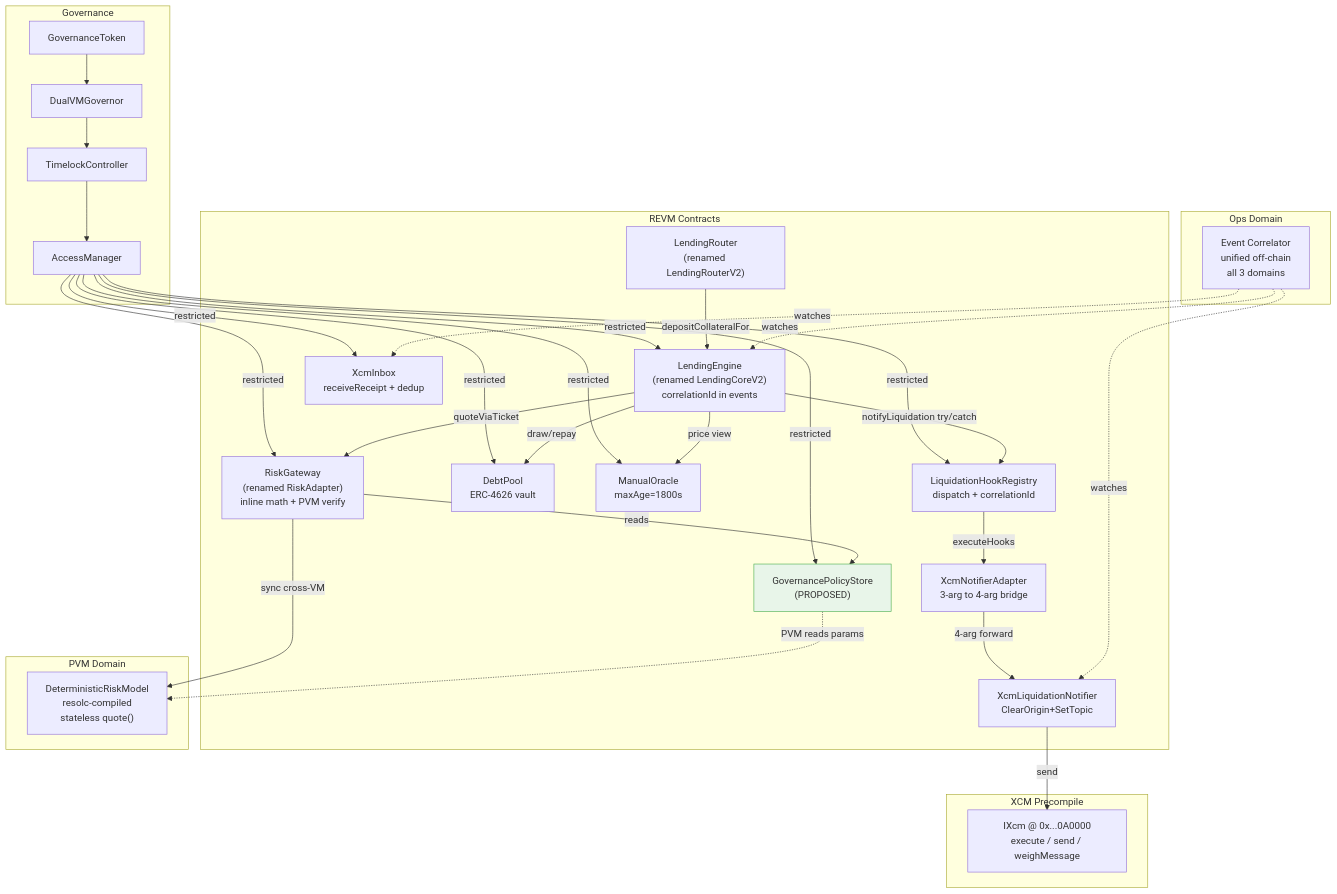
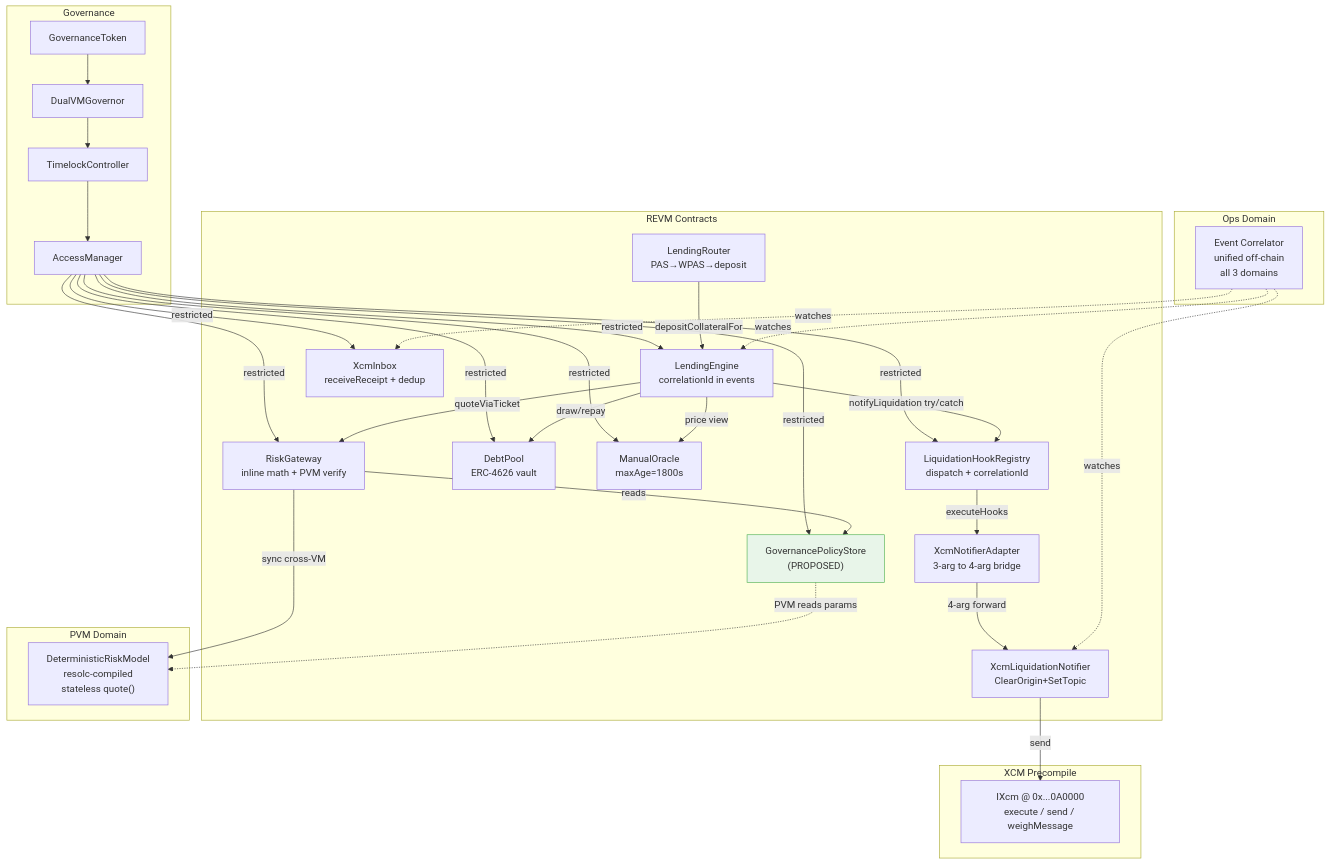
The diagram in BILATERAL_ASYNC_ARCHITECTURE.md (symulacr/dualvm-lending), drawn with Mermaid before and after one commit. The commit also changed other lines of this file and 6 other files, not shown here.

````diff
--- a/BILATERAL_ASYNC_ARCHITECTURE.md
+++ b/BILATERAL_ASYNC_ARCHITECTURE.md
@@ -269,51 +269,51 @@
 ```mermaid
 graph TB
     subgraph GOV["Governance"]
         GT["GovernanceToken"] --> GOVR["DualVMGovernor"]
         GOVR --> TL["TimelockController"]
         TL --> AM["AccessManager"]
     end
 
     subgraph REVM["REVM Contracts"]
-        LE["LendingEngine<br/>(renamed LendingCoreV2)<br/>correlationId in events"]
-        RG["RiskGateway<br/>(renamed RiskAdapter)<br/>inline math + PVM verify"]
+        LE["LendingEngine<br/>correlationId in events"]
+        RG["RiskGateway<br/>inline math + PVM verify"]
         DP["DebtPool<br/>ERC-4626 vault"]
         MO["ManualOracle<br/>maxAge=1800s"]
-        LR["LendingRouter<br/>(renamed LendingRouterV2)"]
+        LR["LendingRouter<br/>PAS→WPAS→deposit"]
         HR["LiquidationHookRegistry<br/>dispatch + correlationId"]
         XNA["XcmNotifierAdapter<br/>3-arg to 4-arg bridge"]
         XLN["XcmLiquidationNotifier<br/>ClearOrigin+SetTopic"]
         XI["XcmInbox<br/>receiveReceipt + dedup"]
         GPS["GovernancePolicyStore<br/>(PROPOSED)"]
     end
 
     subgraph PVM["PVM Domain"]
         DRM["DeterministicRiskModel<br/>resolc-compiled<br/>stateless quote()"]
     end
 
     subgraph XCM_P["XCM Precompile"]
         XPC["IXcm @ 0x...0A0000<br/>execute / send / weighMessage"]
     end
 
     subgraph OPS["Ops Domain"]
         EC["Event Correlator<br/>unified off-chain<br/>all 3 domains"]
     end
 
     AM -->|restricted| LE & RG & DP & MO & HR & XI & GPS
     LE -->|quoteViaTicket| RG
     RG -->|sync cross-VM| DRM
     RG -->|reads| GPS
     LE -->|draw/repay| DP
     LE -->|price view| MO
     LE -->|notifyLiquidation try/catch| HR
     HR -->|executeHooks| XNA
     XNA -->|4-arg forward| XLN
     XLN -->|send| XPC
     LR -->|depositCollateralFor| LE
     GPS -.->|PVM reads params| DRM
 
     EC -.->|watches| LE & XLN & XI
 
     classDef proposed fill:#e8f5e9,stroke:#4caf50
     class GPS proposed
 ```
````
